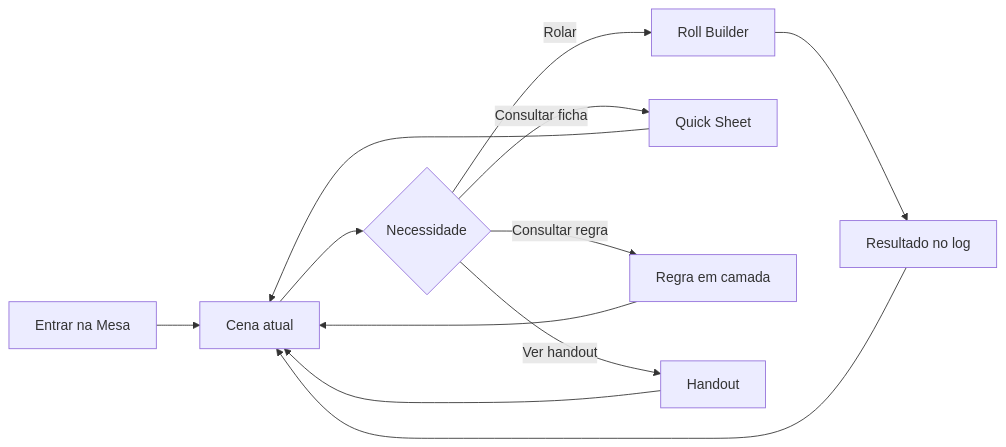
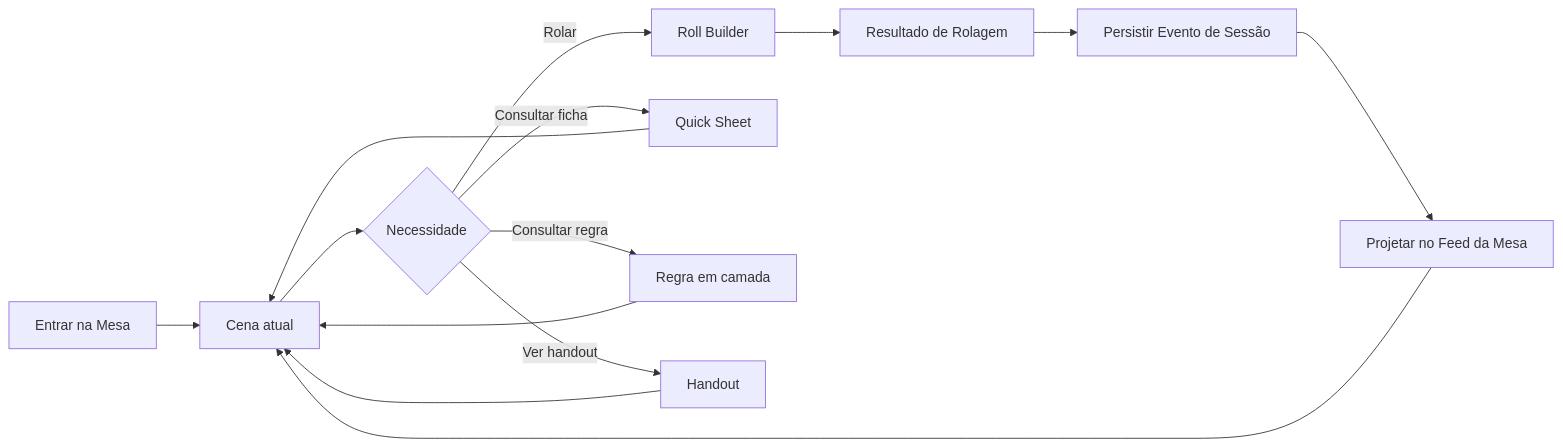
Before and after one commit to GabrielB-B/Assistente_Vampiro: the fifth of 7 diagrams in documentacao/product-architecture-core-user-flows-v0.1.md, drawn with Mermaid. The commit also changed other lines of this file and 22 other files, not shown here.

````diff
--- a/documentacao/product-architecture-core-user-flows-v0.1.md
+++ b/documentacao/product-architecture-core-user-flows-v0.1.md
@@ -450,14 +463,16 @@
 ```mermaid
 flowchart LR
     ENTER[Entrar na Mesa] --> SCENE[Cena atual]
     SCENE --> ACTION{Necessidade}
     ACTION -->|Rolar| ROLL[Roll Builder]
     ACTION -->|Consultar ficha| QUICK[Quick Sheet]
     ACTION -->|Consultar regra| RULE[Regra em camada]
     ACTION -->|Ver handout| HANDOUT[Handout]
-    ROLL --> LOG[Resultado no log]
+    ROLL --> RESULT[Resultado de Rolagem]
+    RESULT --> EVENT[Persistir Evento de Sessão]
+    EVENT --> FEED[Projetar no Feed da Mesa]
     QUICK --> SCENE
     RULE --> SCENE
     HANDOUT --> SCENE
-    LOG --> SCENE
+    FEED --> SCENE
 ```
````
